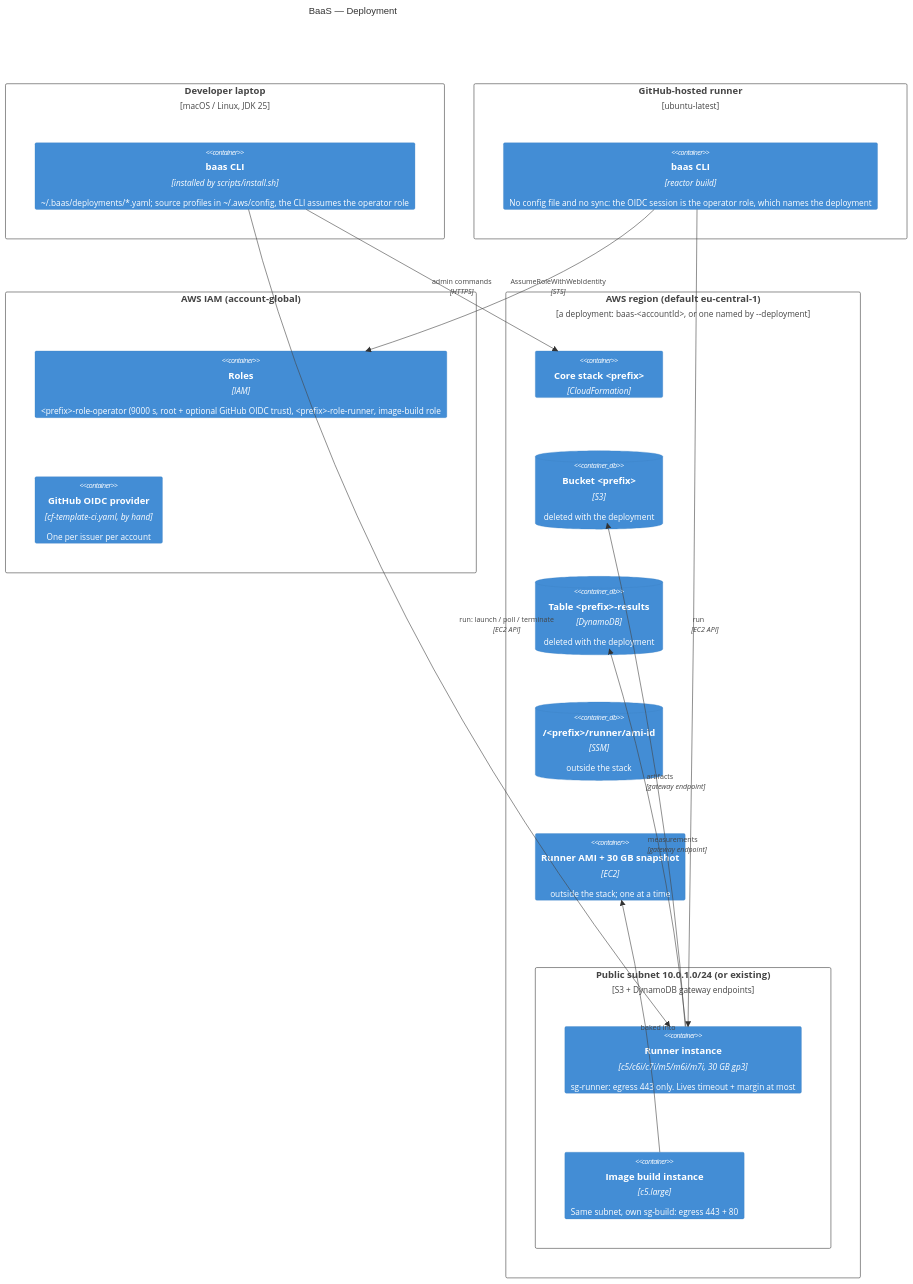
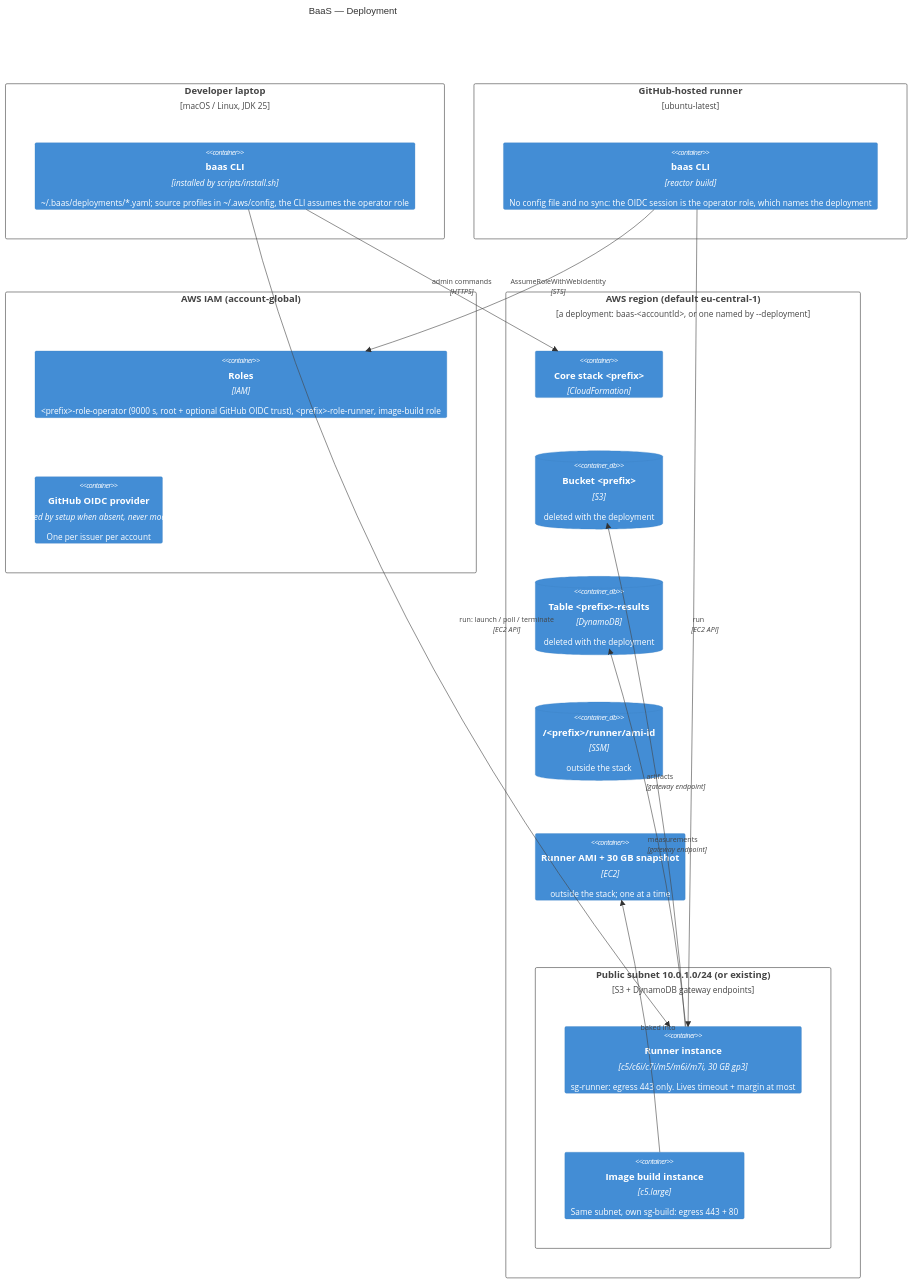
Before and after one commit to wsztajerowski/benchmark-as-a-service: the diagram in docs/diagrams/c4-4-deployment.mmd, drawn with Mermaid. The commit also changed 9 other files, not shown here.

First line of the commit message:
docs: describe the setup walkthrough and the provider setup creates

```diff
--- a/docs/diagrams/c4-4-deployment.mmd
+++ b/docs/diagrams/c4-4-deployment.mmd
@@ -1,35 +1,35 @@
 C4Deployment
     title BaaS — Deployment
 
     Deployment_Node(laptop, "Developer laptop", "macOS / Linux, JDK 25") {
         Container(cliL, "baas CLI", "installed by scripts/install.sh", "~/.baas/deployments/*.yaml; source profiles in ~/.aws/config, the CLI assumes the operator role")
     }
 
     Deployment_Node(ghHosted, "GitHub-hosted runner", "ubuntu-latest") {
         Container(cliCi, "baas CLI", "reactor build", "No config file and no sync: the OIDC session is the operator role, which names the deployment")
     }
 
     Deployment_Node(iam, "AWS IAM (account-global)", "") {
         Container(roles, "Roles", "IAM", "<prefix>-role-operator (9000 s, root + optional GitHub OIDC trust), <prefix>-role-runner, image-build role")
-        Container(oidc, "GitHub OIDC provider", "cf-template-ci.yaml, by hand", "One per issuer per account")
+        Container(oidc, "GitHub OIDC provider", "created by setup when absent, never modified", "One per issuer per account")
     }
 
     Deployment_Node(region, "AWS region (default eu-central-1)", "a deployment: baas-<accountId>, or one named by --deployment") {
         Container(cfStack, "Core stack <prefix>", "CloudFormation", "")
         ContainerDb(s3, "Bucket <prefix>", "S3", "deleted with the deployment")
         ContainerDb(ddb, "Table <prefix>-results", "DynamoDB", "deleted with the deployment")
         ContainerDb(ssm, "/<prefix>/runner/ami-id", "SSM", "outside the stack")
         Container(ami, "Runner AMI + 30 GB snapshot", "EC2", "outside the stack; one at a time")
         Deployment_Node(subnet, "Public subnet 10.0.1.0/24 (or existing)", "S3 + DynamoDB gateway endpoints") {
             Container(runnerI, "Runner instance", "c5/c6i/c7i/m5/m6i/m7i, 30 GB gp3", "sg-runner: egress 443 only. Lives timeout + margin at most")
             Container(buildI, "Image build instance", "c5.large", "Same subnet, own sg-build: egress 443 + 80")
         }
     }
 
     Rel(cliL, cfStack, "admin commands", "HTTPS")
     Rel(cliL, runnerI, "run: launch / poll / terminate", "EC2 API")
     Rel(cliCi, roles, "AssumeRoleWithWebIdentity", "STS")
     Rel(cliCi, runnerI, "run", "EC2 API")
     Rel(runnerI, s3, "artifacts", "gateway endpoint")
     Rel(runnerI, ddb, "measurements", "gateway endpoint")
     Rel(buildI, ami, "baked into")
```
